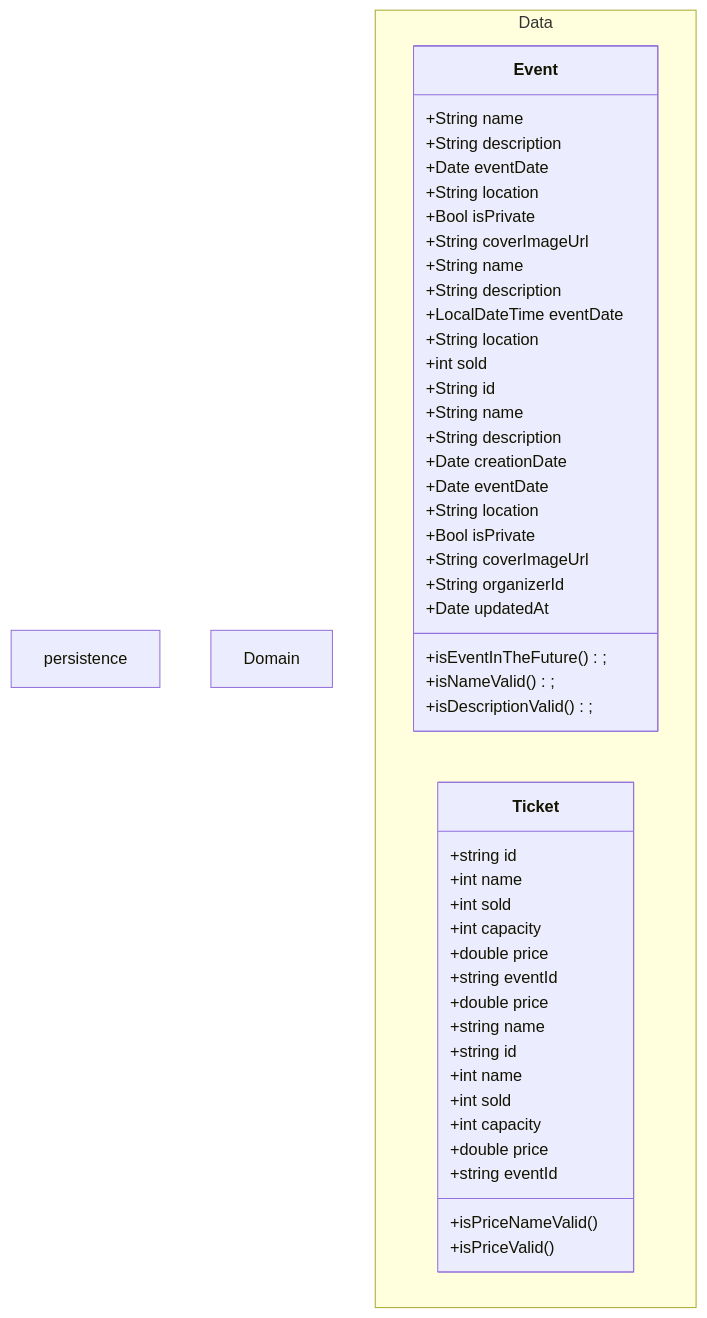
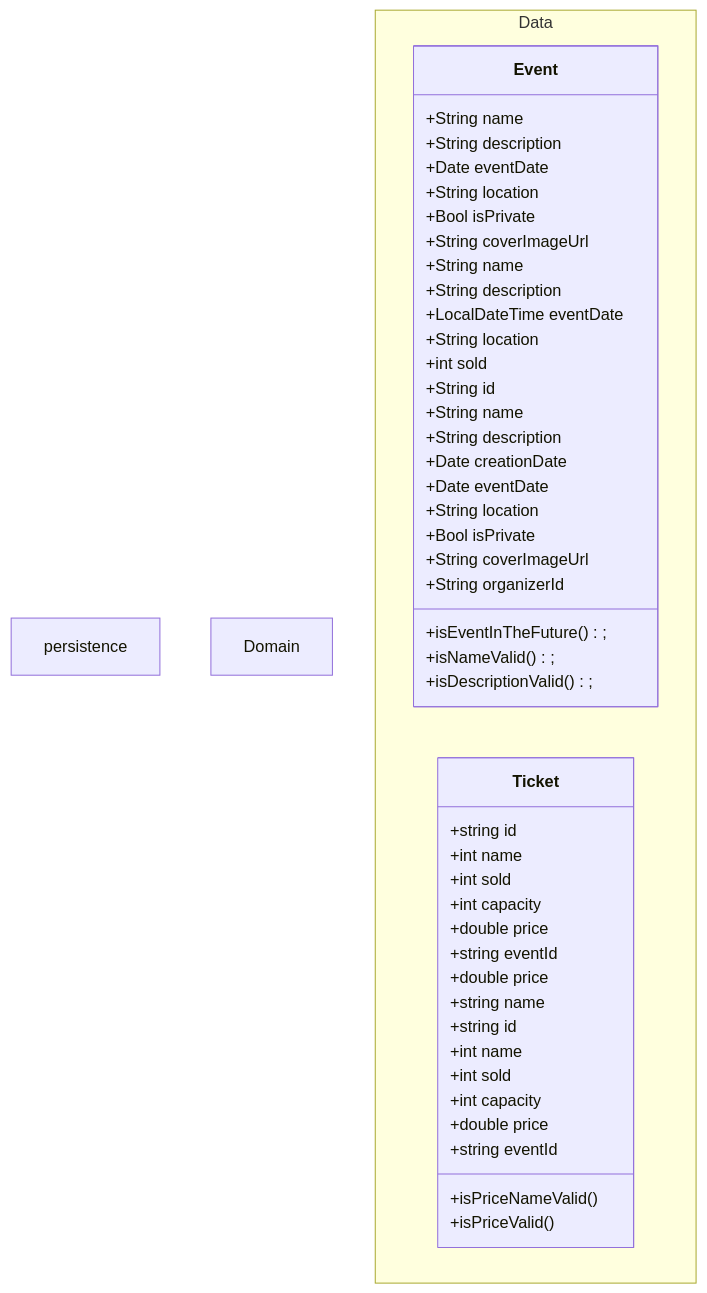
One commit to Lenninssp/Cannin-Tickets changed the second of 2 diagrams in docs/classes.md. Above: the diagram before and after it, drawn with Mermaid. The commit also changed 4 other files, not shown here.

````diff
--- a/docs/classes.md
+++ b/docs/classes.md
@@ -264,71 +264,70 @@
 ```mermaid
 classDiagram 
   direction TB
   
 
   namespace persistence {
      class Event {
       +String name
       +String description
       +Date eventDate
       +String location
       +Bool isPrivate
       +String coverImageUrl
     }
 
     class Ticket {
       +string id
       +int name
       +int sold
       +int capacity
       +double price
       +string eventId
     }
   }
 
   namespace Domain {
     class Event {
     +String name
     +String description
     +LocalDateTime eventDate
     +String location
     +int sold
 
     +isEventInTheFuture();
     +isNameValid();
     +isDescriptionValid();
     }
 
     class Ticket {
       +double price
       +string name
       +isPriceNameValid()
       +isPriceValid()
     }
   }
 
   namespace Data{
     class Event {
       +String id
       +String name
       +String description
       +Date creationDate
       +Date eventDate
       +String location
       +Bool isPrivate
       +String coverImageUrl
       +String organizerId
-      +Date updatedAt
     }
 
     class Ticket {
       +string id
       +int name
       +int sold
       +int capacity
       +double price
       +string eventId
     }
   }
 
 ```
````
